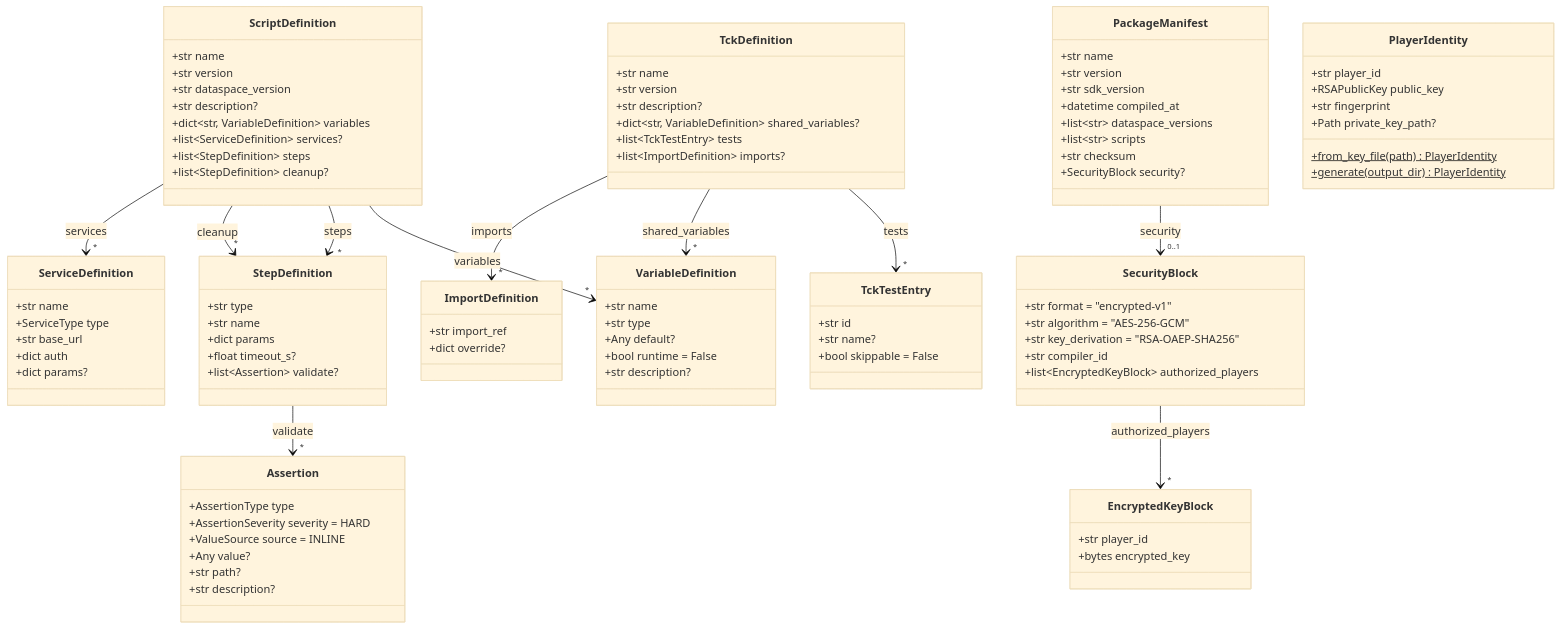
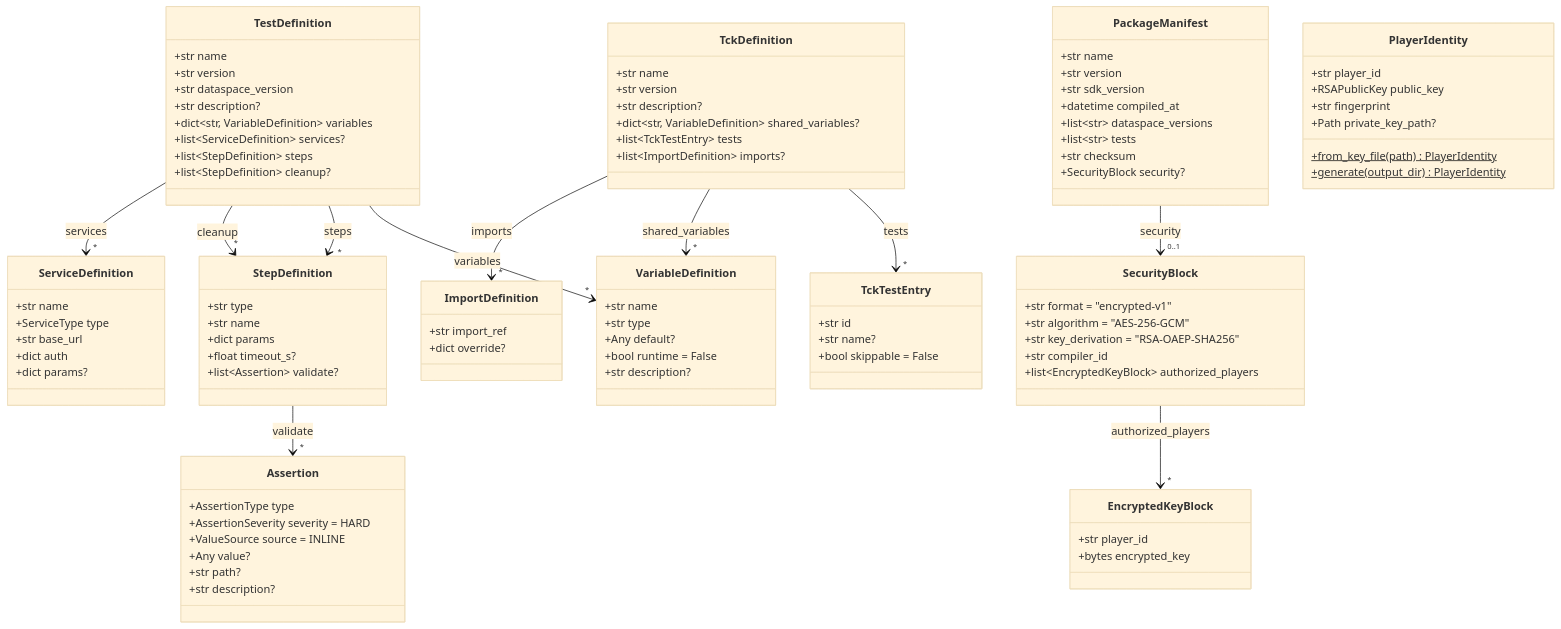
Before and after one commit to eclipse-tractusx/tractusx-testlab: the first of 8 diagrams in docs/specification/specification/data-models.md, drawn with Mermaid (base theme). The commit also changed other lines of this file and 267 other files, not shown here.

```diff
--- a/docs/specification/specification/data-models.md
+++ b/docs/specification/specification/data-models.md
@@ -67,7 +67,7 @@
         +list~Assertion~ validate?
     }
 
-    class ScriptDefinition {
+    class TestDefinition {
         +str name
         +str version
         +str dataspace_version
@@ -112,7 +112,7 @@
         +str sdk_version
         +datetime compiled_at
         +list~str~ dataspace_versions
-        +list~str~ scripts
+        +list~str~ tests
         +str checksum
         +SecurityBlock security?
     }
@@ -142,10 +142,10 @@
     SecurityBlock --> "*" EncryptedKeyBlock : authorized_players
     PackageManifest --> "0..1" SecurityBlock : security
 
-    ScriptDefinition --> "*" VariableDefinition : variables
-    ScriptDefinition --> "*" StepDefinition : steps
-    ScriptDefinition --> "*" StepDefinition : cleanup
-    ScriptDefinition --> "*" ServiceDefinition : services
+    TestDefinition --> "*" VariableDefinition : variables
+    TestDefinition --> "*" StepDefinition : steps
+    TestDefinition --> "*" StepDefinition : cleanup
+    TestDefinition --> "*" ServiceDefinition : services
     StepDefinition --> "*" Assertion : validate
     TckDefinition --> "*" TckTestEntry : tests
     TckDefinition --> "*" VariableDefinition : shared_variables
```
